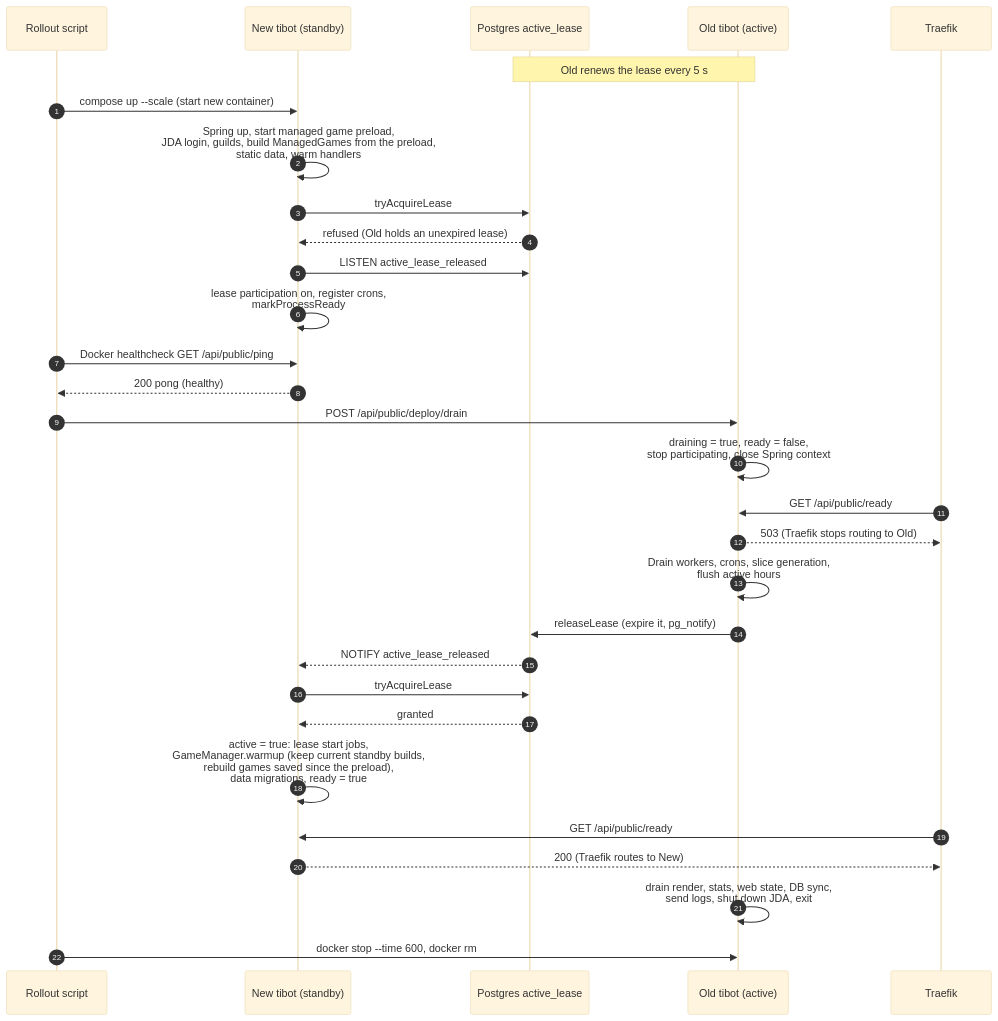
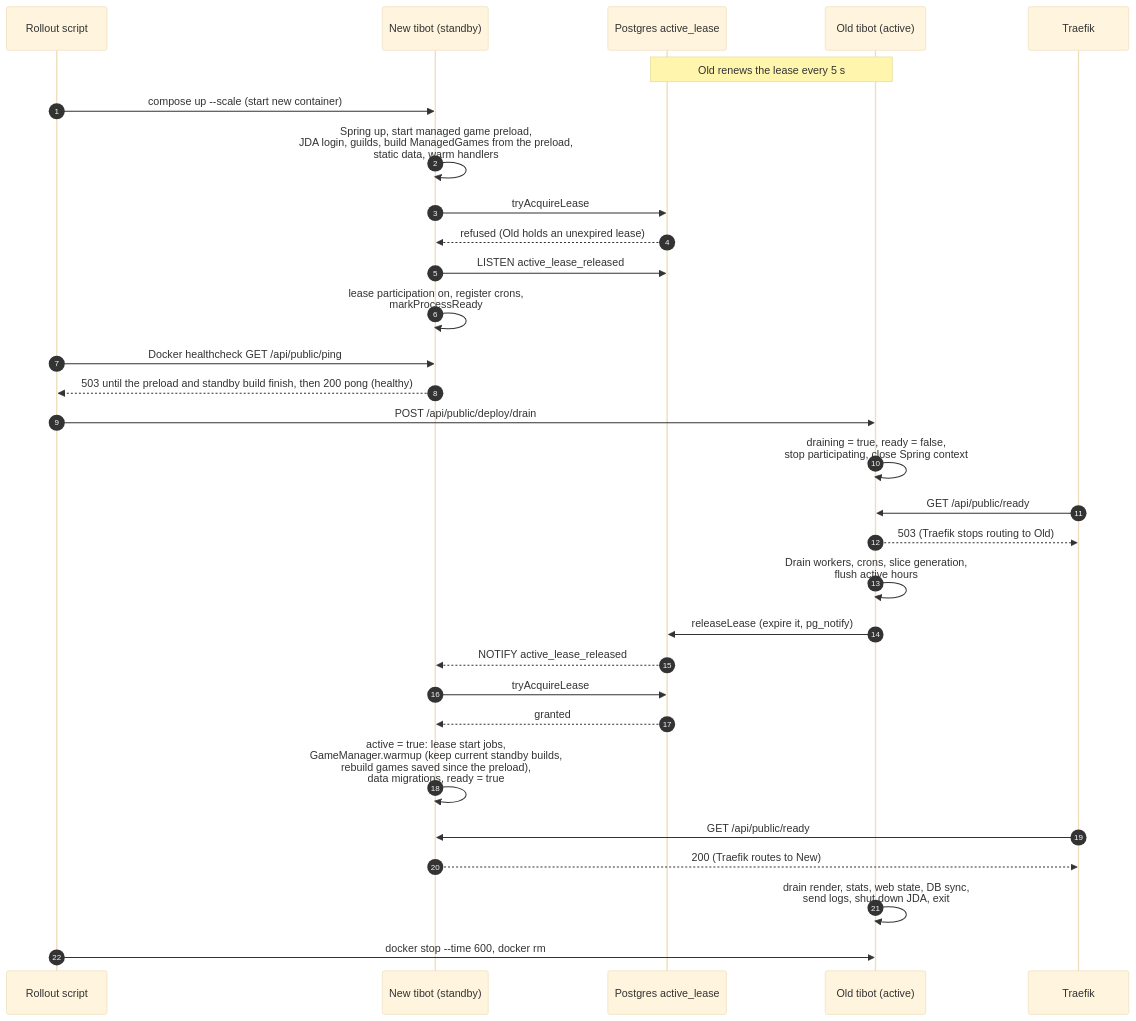
The third of 5 diagrams in DEPLOYMENT.md (AsyncTI4/TI4_map_generator_bot), drawn with Mermaid (base theme) before and after one commit. The commit also changed other lines of this file and 5 other files, not shown here.

Commit message:
Report healthy only after the standby preload finishes (#6134)

````diff
--- a/DEPLOYMENT.md
+++ b/DEPLOYMENT.md
@@ -106,33 +109,33 @@
 ```mermaid
 sequenceDiagram
     autonumber
     participant Script as Rollout script
     participant New as New tibot (standby)
     participant DB as Postgres active_lease
     participant Old as Old tibot (active)
     participant Traefik
 
     Note over Old,DB: Old renews the lease every 5 s
     Script->>New: compose up --scale (start new container)
     New->>New: Spring up, start managed game preload,<br/>JDA login, guilds, build ManagedGames from the preload,<br/>static data, warm handlers
     New->>DB: tryAcquireLease
     DB-->>New: refused (Old holds an unexpired lease)
     New->>DB: LISTEN active_lease_released
     New->>New: lease participation on, register crons,<br/>markProcessReady
     Script->>New: Docker healthcheck GET /api/public/ping
-    New-->>Script: 200 pong (healthy)
+    New-->>Script: 503 until the preload and standby build finish, then 200 pong (healthy)
     Script->>Old: POST /api/public/deploy/drain
     Old->>Old: draining = true, ready = false,<br/>stop participating, close Spring context
     Traefik->>Old: GET /api/public/ready
     Old-->>Traefik: 503 (Traefik stops routing to Old)
     Old->>Old: Drain workers, crons, slice generation,<br/>flush active hours
     Old->>DB: releaseLease (expire it, pg_notify)
     DB-->>New: NOTIFY active_lease_released
     New->>DB: tryAcquireLease
     DB-->>New: granted
     New->>New: active = true: lease start jobs,<br/>GameManager.warmup (keep current standby builds,<br/>rebuild games saved since the preload),<br/>data migrations, ready = true
     Traefik->>New: GET /api/public/ready
     New-->>Traefik: 200 (Traefik routes to New)
     Old->>Old: drain render, stats, web state, DB sync,<br/>send logs, shut down JDA, exit
     Script->>Old: docker stop --time 600, docker rm
 ```
````
